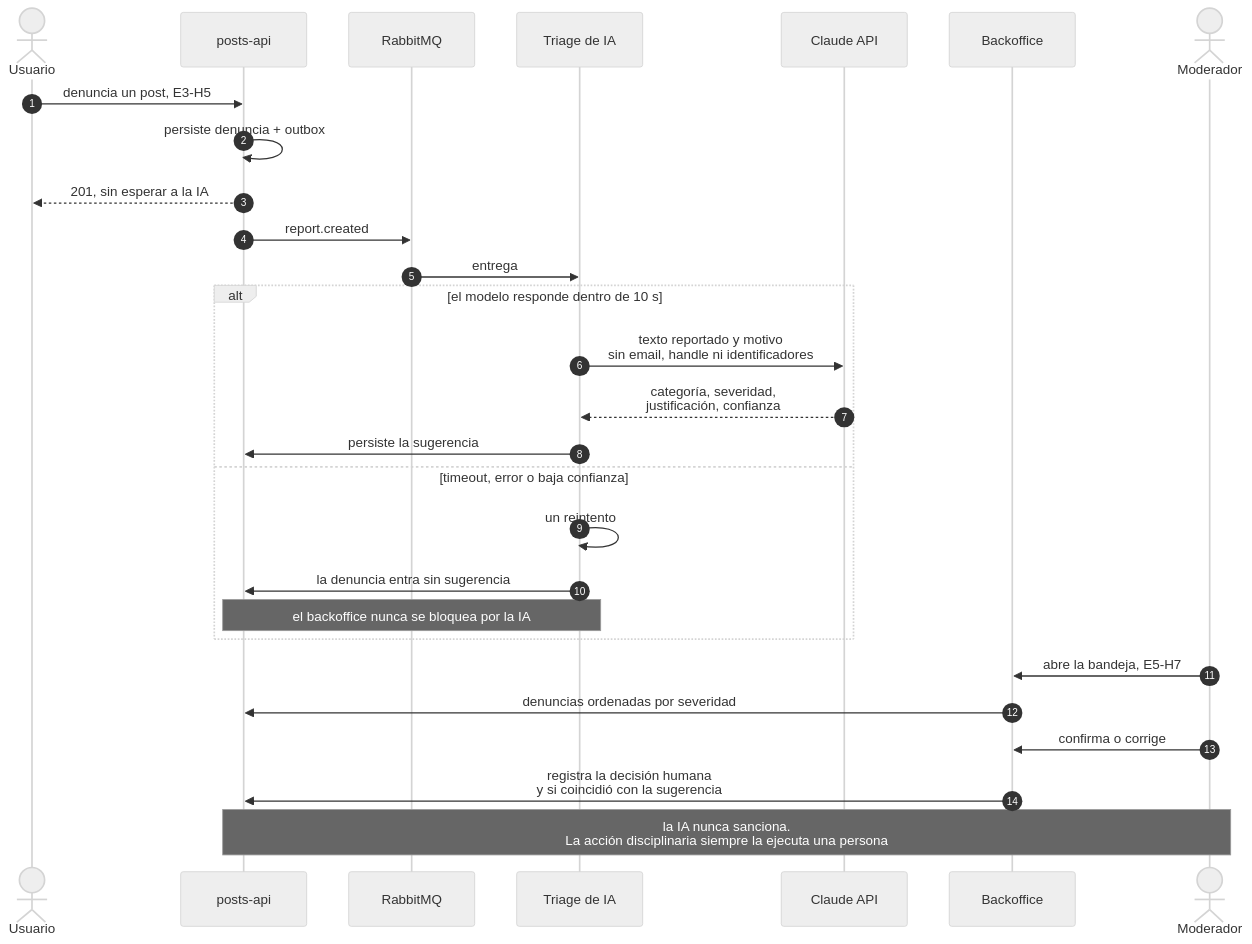
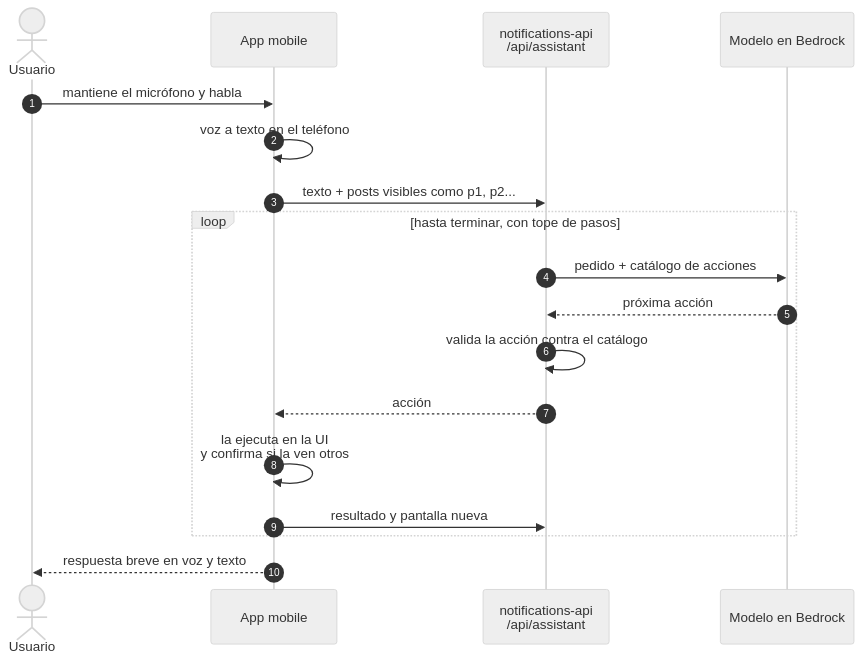
Before and after one commit to tds-g3-2s2026/udesa-x-platform: the seventh of 7 diagrams in docs/ARQUITECTURA.md, drawn with Mermaid (neutral theme). The commit also changed other lines of this file and 2 other files, not shown here.

Commit message:
docs(ia): sección de IA de la arquitectura con el asistente por voz

````diff
--- a/docs/ARQUITECTURA.md
+++ b/docs/ARQUITECTURA.md
@@ -997,33 +1003,21 @@
 ```mermaid
 sequenceDiagram
     autonumber
     actor USR as Usuario
-    participant PST as posts-api
-    participant MQ as RabbitMQ
-    participant TRI as Triage de IA
-    participant LLM as Claude API
-    participant BO as Backoffice
-    actor MOD as Moderador
+    participant APP as App mobile
+    participant AST as notifications-api<br/>/api/assistant
+    participant LLM as Modelo en Bedrock
 
-    USR->>PST: denuncia un post, E3-H5
-    PST->>PST: persiste denuncia + outbox
-    PST-->>USR: 201, sin esperar a la IA
-    PST->>MQ: report.created
-    MQ->>TRI: entrega
-
-    alt el modelo responde dentro de 10 s
-        TRI->>LLM: texto reportado y motivo<br/>sin email, handle ni identificadores
-        LLM-->>TRI: categoría, severidad,<br/>justificación, confianza
-        TRI->>PST: persiste la sugerencia
-    else timeout, error o baja confianza
-        TRI->>TRI: un reintento
-        TRI->>PST: la denuncia entra sin sugerencia
-        Note over TRI,PST: el backoffice nunca se bloquea por la IA
+    USR->>APP: mantiene el micrófono y habla
+    APP->>APP: voz a texto en el teléfono
+    APP->>AST: texto + posts visibles como p1, p2...
+    loop hasta terminar, con tope de pasos
+        AST->>LLM: pedido + catálogo de acciones
+        LLM-->>AST: próxima acción
+        AST->>AST: valida la acción contra el catálogo
+        AST-->>APP: acción
+        APP->>APP: la ejecuta en la UI<br/>y confirma si la ven otros
+        APP->>AST: resultado y pantalla nueva
     end
-
-    MOD->>BO: abre la bandeja, E5-H7
-    BO->>PST: denuncias ordenadas por severidad
-    MOD->>BO: confirma o corrige
-    BO->>PST: registra la decisión humana<br/>y si coincidió con la sugerencia
-    Note over MOD,PST: la IA nunca sanciona.<br/>La acción disciplinaria siempre la ejecuta una persona
+    APP-->>USR: respuesta breve en voz y texto
 ```
````
